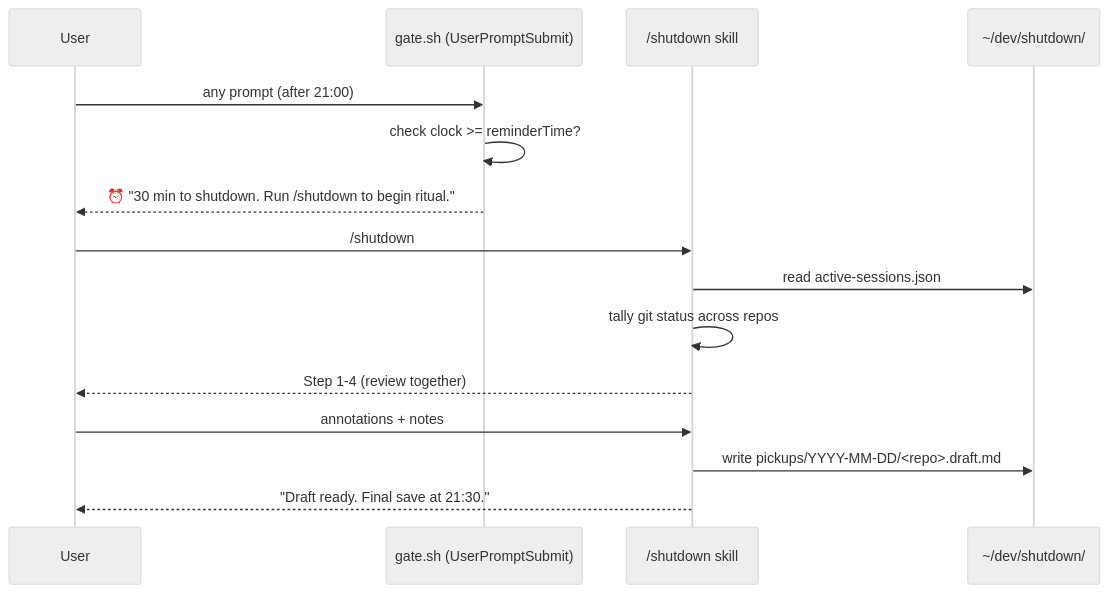
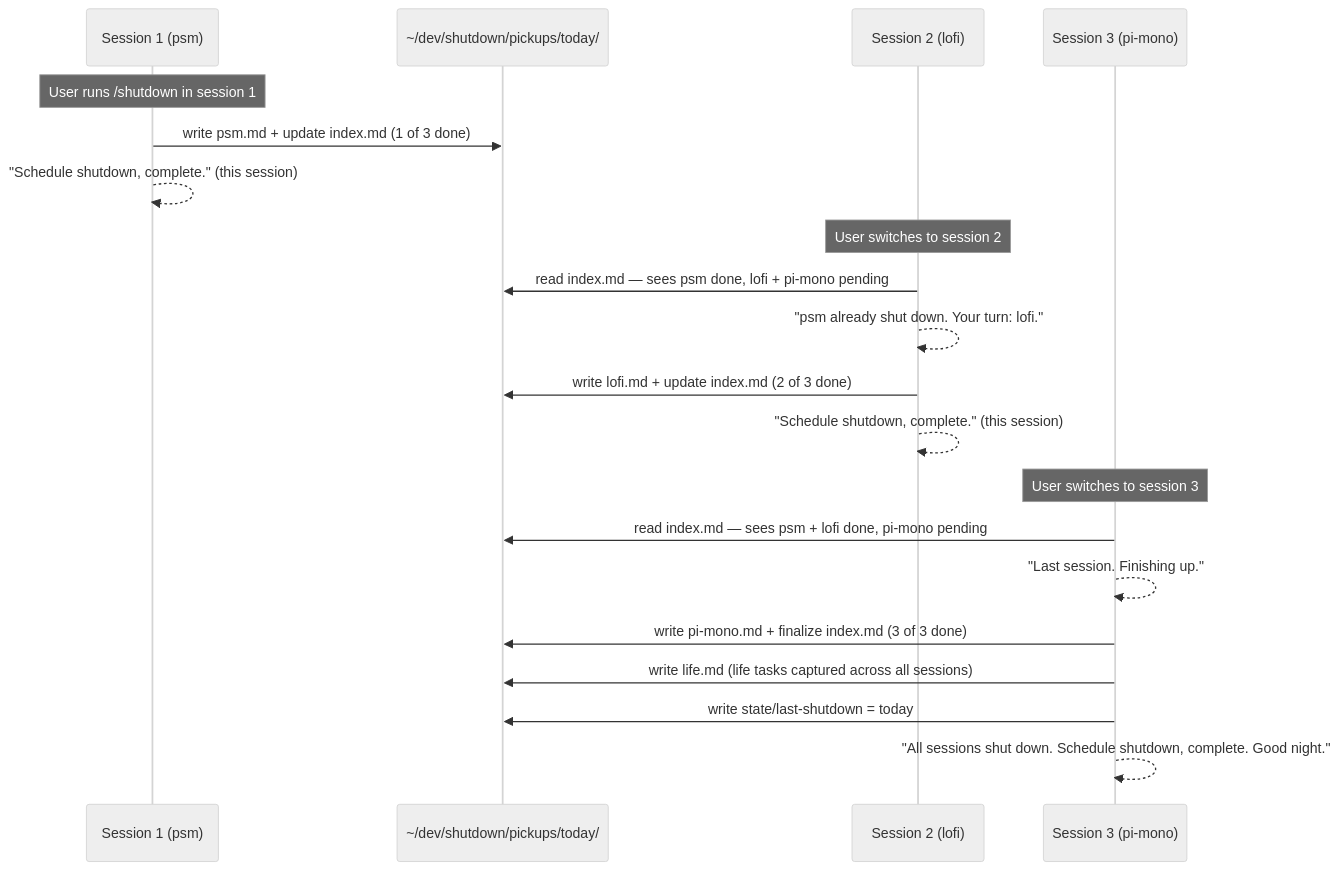
Before and after one commit to kaiwen180/shutdown: the first of 2 diagrams in plan-shutdown-pickup.md, drawn with Mermaid (neutral theme). The commit also changed other lines of this file and 4 other files, not shown here.

````diff
--- a/plan-shutdown-pickup.md
+++ b/plan-shutdown-pickup.md
@@ -114,18 +207,25 @@
 ```mermaid
 sequenceDiagram
-    participant User
-    participant Hook as gate.sh (UserPromptSubmit)
-    participant Skill as /shutdown skill
-    participant FS as ~/dev/shutdown/
+    participant S1 as Session 1 (psm)
+    participant FS as ~/dev/shutdown/pickups/today/
+    participant S2 as Session 2 (lofi)
+    participant S3 as Session 3 (pi-mono)
 
-    User->>Hook: any prompt (after 21:00)
-    Hook->>Hook: check clock >= reminderTime?
-    Hook-->>User: ⏰ "30 min to shutdown. Run /shutdown to begin ritual."
-    User->>Skill: /shutdown
-    Skill->>FS: read active-sessions.json
-    Skill->>Skill: tally git status across repos
-    Skill-->>User: Step 1-4 (review together)
-    User->>Skill: annotations + notes
-    Skill->>FS: write pickups/YYYY-MM-DD/<repo>.draft.md
-    Skill-->>User: "Draft ready. Final save at 21:30."
+    Note over S1: User runs /shutdown in session 1
+    S1->>FS: write psm.md + update index.md (1 of 3 done)
+    S1-->>S1: "Schedule shutdown, complete." (this session)
+
+    Note over S2: User switches to session 2
+    S2->>FS: read index.md — sees psm done, lofi + pi-mono pending
+    S2-->>S2: "psm already shut down. Your turn: lofi."
+    S2->>FS: write lofi.md + update index.md (2 of 3 done)
+    S2-->>S2: "Schedule shutdown, complete." (this session)
+
+    Note over S3: User switches to session 3
+    S3->>FS: read index.md — sees psm + lofi done, pi-mono pending
+    S3-->>S3: "Last session. Finishing up."
+    S3->>FS: write pi-mono.md + finalize index.md (3 of 3 done)
+    S3->>FS: write life.md (life tasks captured across all sessions)
+    S3->>FS: write state/last-shutdown = today
+    S3-->>S3: "All sessions shut down. Schedule shutdown, complete. Good night."
 ```
````
